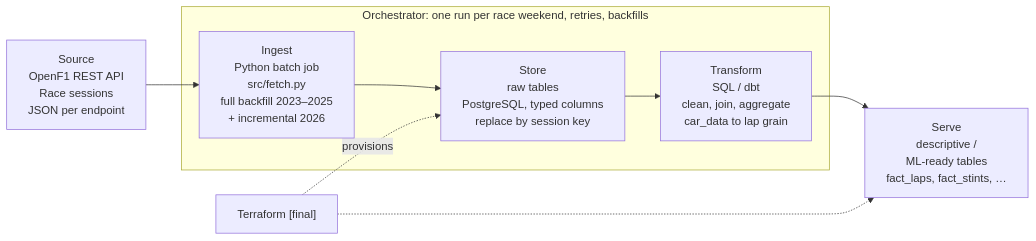
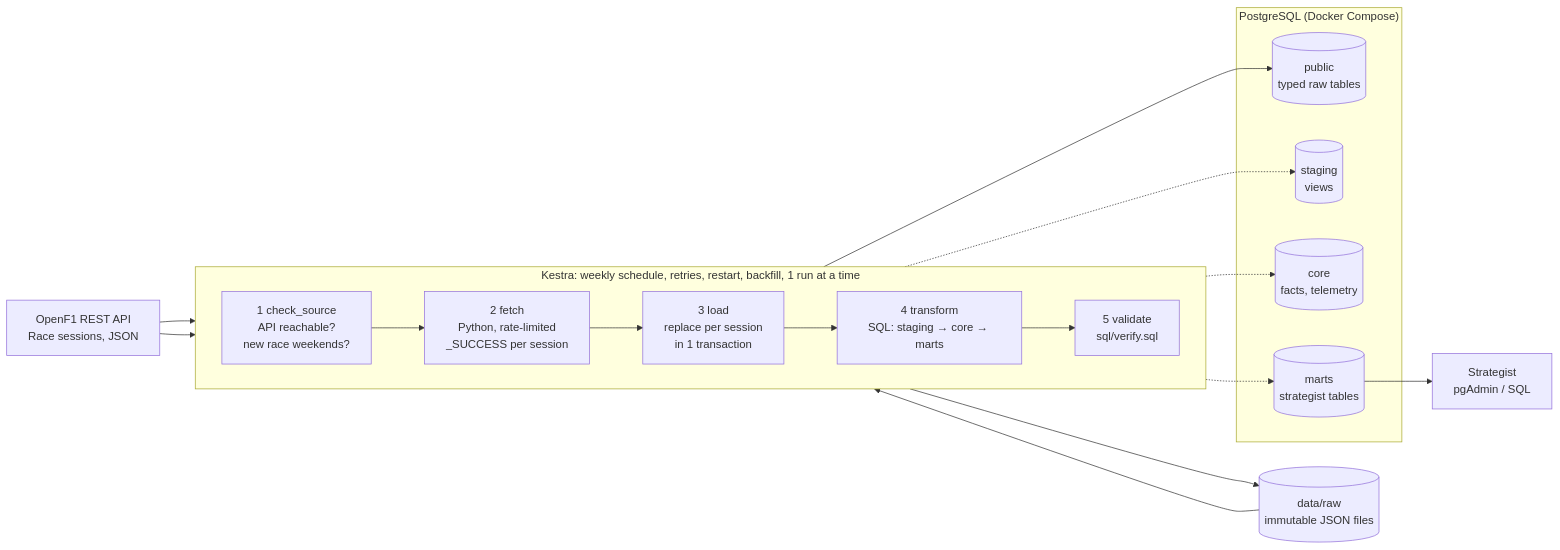
Before and after one commit to FloHoliday/DENG: the diagram in README.md, drawn with Mermaid. The commit also changed other lines of this file and 32 other files, not shown here.

First line of the commit message:
feat: five-step Kestra pipeline with transform models and data checks

````diff
--- a/README.md
+++ b/README.md
@@ -189,16 +444,29 @@
 ```mermaid
 flowchart LR
-    source["Source<br/>OpenF1 REST API<br/>Race sessions<br/>JSON per endpoint"]
+    source["OpenF1 REST API<br/>Race sessions, JSON"]
 
-    subgraph orchestrator["Orchestrator: one run per race weekend, retries, backfills"]
-        ingest["Ingest<br/>Python batch job<br/>src/fetch.py<br/>full backfill 2023–2025<br/>+ incremental 2026"]
-        store["Store<br/>raw tables<br/>PostgreSQL, typed columns<br/>replace by session key"]
-        transform["Transform<br/>SQL / dbt<br/>clean, join, aggregate<br/>car_data to lap grain"]
+    subgraph kestra["Kestra: weekly schedule, retries, restart, backfill, 1 run at a time"]
+        direction LR
+        check["1 check_source<br/>API reachable?<br/>new race weekends?"]
+        fetch["2 fetch<br/>Python, rate-limited<br/>_SUCCESS per session"]
+        load["3 load<br/>replace per session<br/>in 1 transaction"]
+        transform["4 transform<br/>SQL: staging → core → marts"]
+        validate["5 validate<br/>sql/verify.sql"]
+        check --> fetch --> load --> transform --> validate
     end
 
-    serve["Serve<br/>descriptive /<br/>ML-ready tables<br/>fact_laps, fact_stints, …"]
-    tf["Terraform [final]"]
-    source --> ingest --> store --> transform --> serve
-    tf -.->|provisions| store
-    tf -.-> serve
+    raw[("data/raw<br/>immutable JSON files")]
+    subgraph pg["PostgreSQL (Docker Compose)"]
+        public[("public<br/>typed raw tables")]
+        staging[("staging<br/>views")]
+        core[("core<br/>facts, telemetry")]
+        marts[("marts<br/>strategist tables")]
+    end
+    user["Strategist<br/>pgAdmin / SQL"]
+
+    source --> check
+    source --> fetch
+    fetch --> raw --> load --> public
+    transform -.-> staging & core & marts
+    marts --> user
 ```
````
